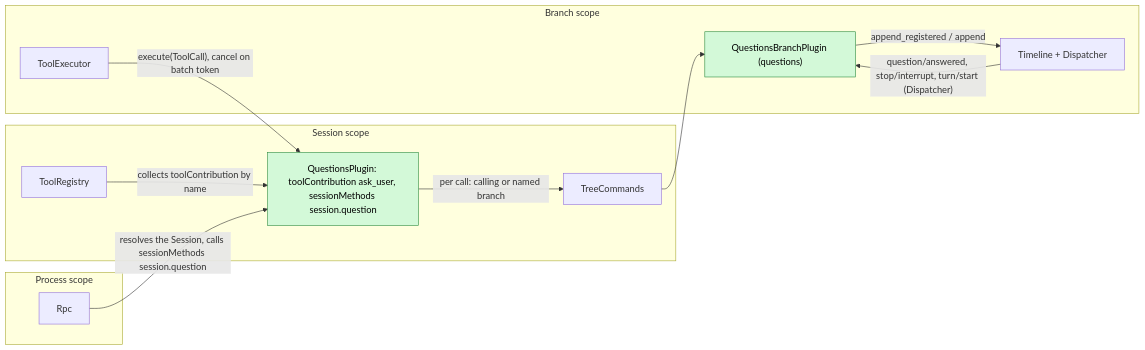
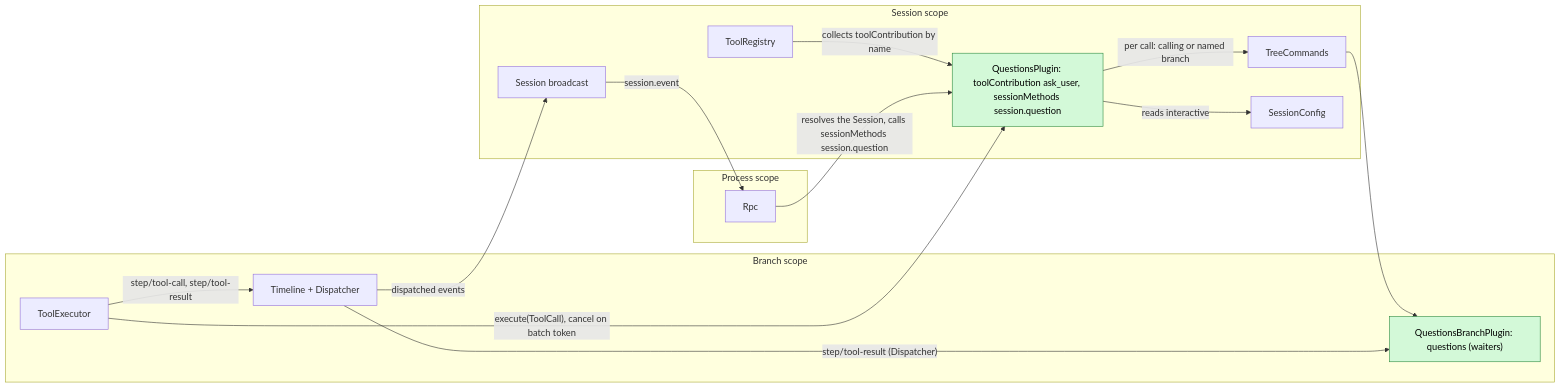
The first of 4 diagrams in docs/design/plugins/Questions.md (CoutinhoTTS/dim-agent), drawn with Mermaid before and after one commit. The commit also changed other lines of this file and 13 other files, not shown here.

First line of the commit message:
docs(questions): redesign ask_user so the answer is the tool result

````diff
--- a/docs/design/plugins/Questions.md
+++ b/docs/design/plugins/Questions.md
@@ -11,24 +13,29 @@
 ```mermaid
 flowchart LR
+  subgraph P["Process scope"]
+    RPC["Rpc"]
+  end
   subgraph S["Session scope"]
     QS["QuestionsPlugin: toolContribution ask_user, sessionMethods session.question"]:::new
     TR["ToolRegistry"]
     TC["TreeCommands"]
-  end
-  subgraph P["Process scope"]
-    RPC["Rpc"]
+    CFG["SessionConfig"]
+    SB["Session broadcast"]
   end
   subgraph B["Branch scope"]
-    QB["QuestionsBranchPlugin (questions)"]:::new
+    QB["QuestionsBranchPlugin: questions (waiters)"]:::new
     TE["ToolExecutor"]
     TL["Timeline + Dispatcher"]
   end
   TR -- "collects toolContribution by name" --> QS
+  TE -- "execute(ToolCall), cancel on batch token" --> QS
   RPC -- "resolves the Session, calls sessionMethods session.question" --> QS
+  QS -- "reads interactive" --> CFG
   QS -- "per call: calling or named branch" --> TC
   TC --> QB
-  TE -- "execute(ToolCall), cancel on batch token" --> QS
-  QB -- "append_registered / append" --> TL
-  TL -- "question/answered, stop/interrupt, turn/start (Dispatcher)" --> QB
+  TL -- "step/tool-result (Dispatcher)" --> QB
+  TE -- "step/tool-call, step/tool-result" --> TL
+  TL -- "dispatched events" --> SB
+  SB -- "session.event" --> RPC
   classDef new fill:#d3f9d8,stroke:#2b8a3e,color:#000
 ```
````
